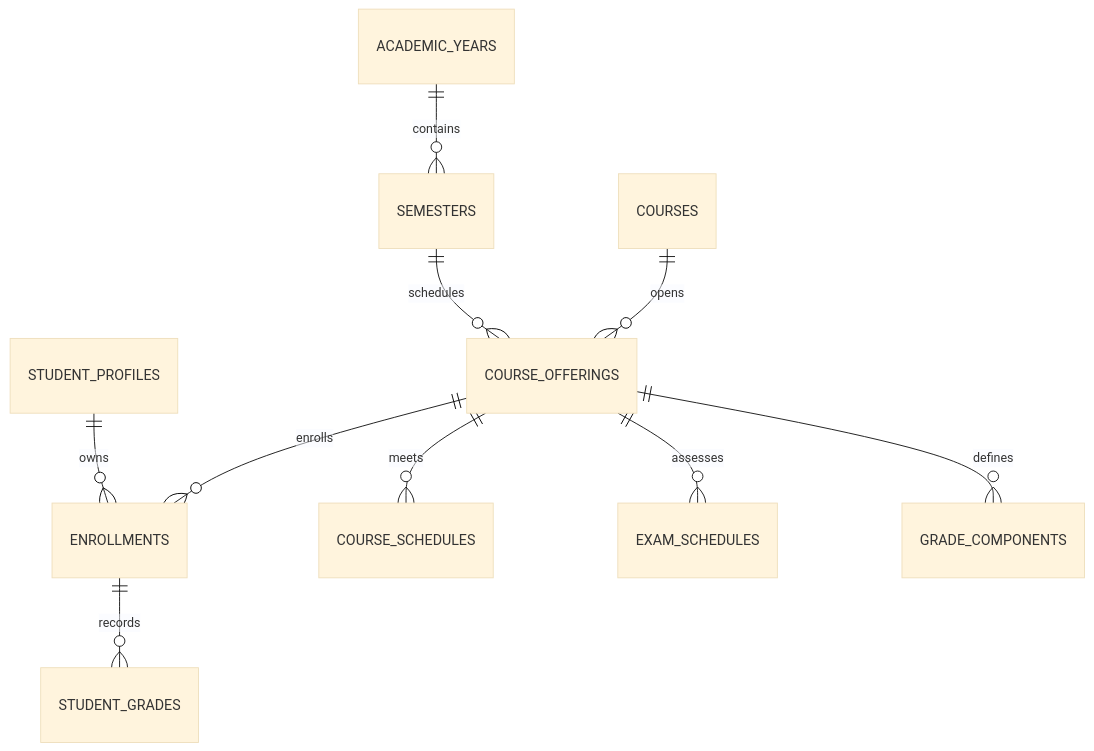
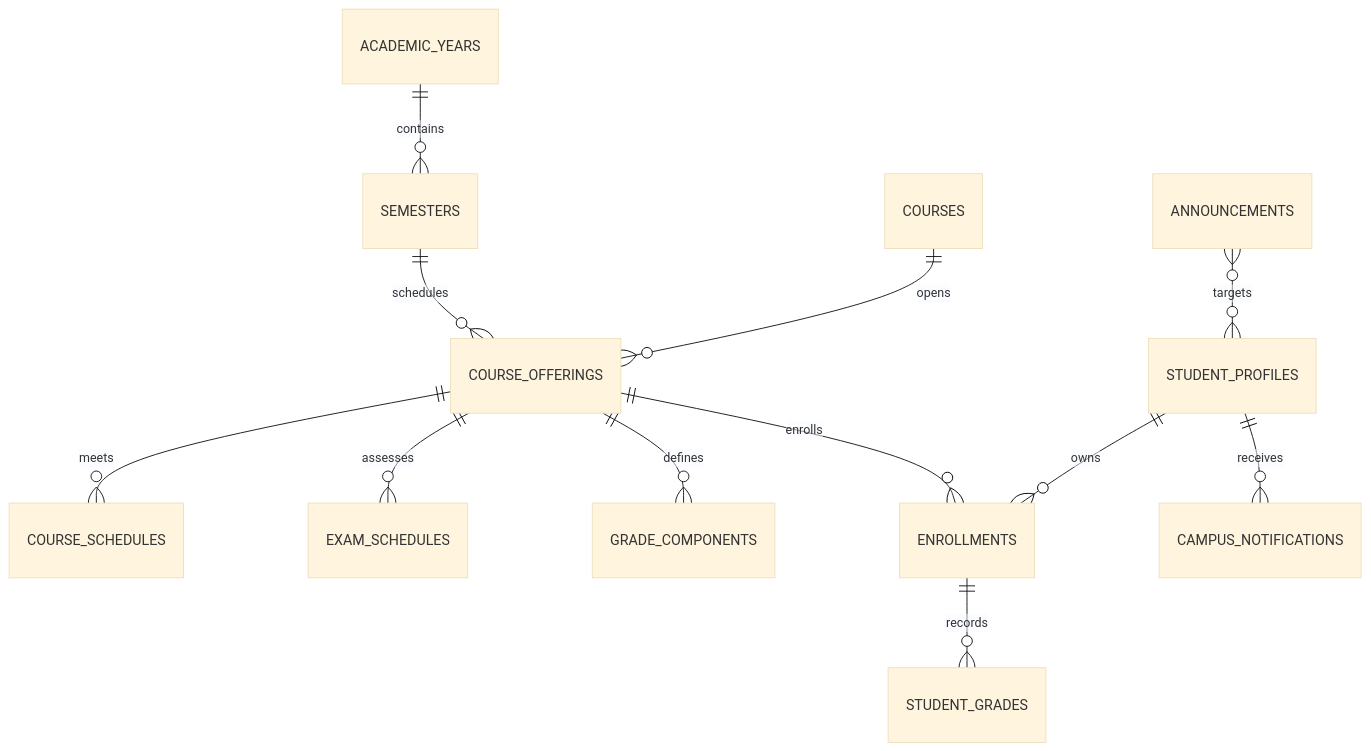
Before and after one commit to JasonTM17/CampusMate: the second of 2 diagrams in README.md, drawn with Mermaid (base theme). The commit also changed other lines of this file and 70 other files, not shown here.

Commit message:
feat(dashboard): add student notifications

````diff
--- a/README.md
+++ b/README.md
@@ -39,12 +41,14 @@
 ```mermaid
 erDiagram
     STUDENT_PROFILES ||--o{ ENROLLMENTS : owns
     ACADEMIC_YEARS ||--o{ SEMESTERS : contains
     SEMESTERS ||--o{ COURSE_OFFERINGS : schedules
     COURSES ||--o{ COURSE_OFFERINGS : opens
     COURSE_OFFERINGS ||--o{ COURSE_SCHEDULES : meets
     COURSE_OFFERINGS ||--o{ EXAM_SCHEDULES : assesses
     COURSE_OFFERINGS ||--o{ GRADE_COMPONENTS : defines
     ENROLLMENTS ||--o{ STUDENT_GRADES : records
     COURSE_OFFERINGS ||--o{ ENROLLMENTS : enrolls
+    STUDENT_PROFILES ||--o{ CAMPUS_NOTIFICATIONS : receives
+    ANNOUNCEMENTS }o--o{ STUDENT_PROFILES : targets
 ```
````
